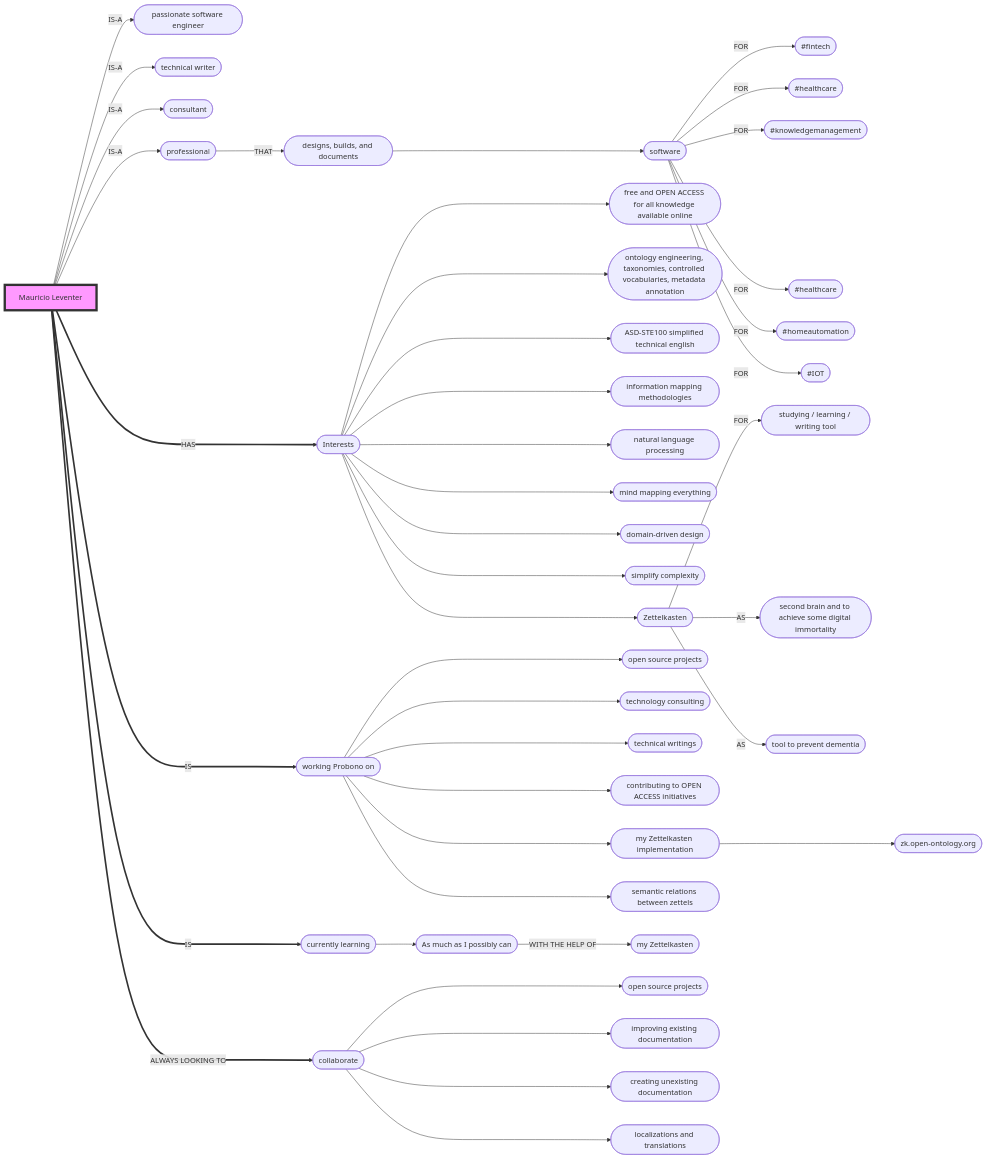
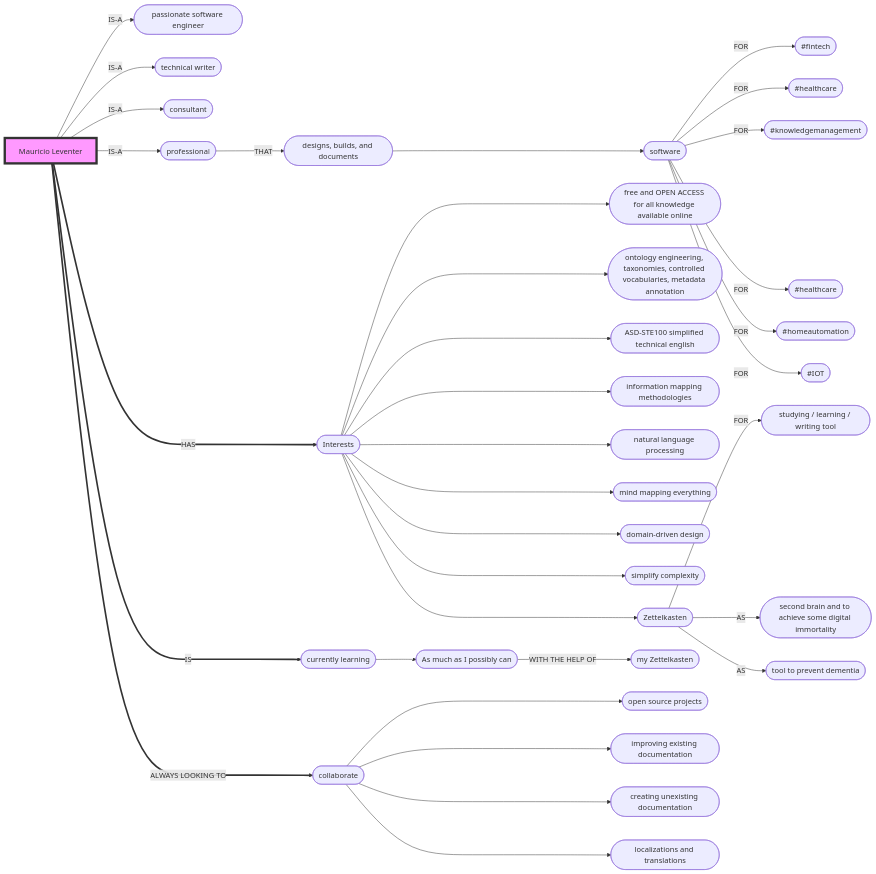
Before and after one commit to mleventer/mleventer: the diagram in README.md, drawn with Mermaid. The commit also changed other lines of this file, not shown here.

````diff
--- a/README.md
+++ b/README.md
@@ -21,45 +18,37 @@
 ```mermaid
 flowchart LR
     A[Mauricio Leventer] -->|IS-A| A2([passionate software engineer])
     A -->|IS-A| A3([technical writer])
     A -->|IS-A| A4([consultant])
     A -->|IS-A| AA([professional])
     AA -->|THAT| A5([designs, builds, and documents])
     A5 ---> A6([software])
     A6 -->|FOR| A7([#fintech])
     A6 -->|FOR| A8([#healthcare])
     A6 -->|FOR| A9([#knowledgemanagement])
     A6 -->|FOR| A10([#healthcare])
     A6 -->|FOR| A11([#homeautomation])
     A6 -->|FOR| A12([#IOT])    
     A ===>|HAS| B([Interests])
     B ---> I1([free and OPEN ACCESS for all knowledge available online])
     B ---> I3([ontology engineering, taxonomies, controlled vocabularies, metadata annotation])
     B ---> I4([ASD-STE100 simplified technical english])
     B ---> I5([information mapping methodologies])
     B ---> I6([natural language processing])
     B ---> I7([mind mapping everything]) 
     B ---> I8([domain-driven design]) 
     B ---> I9([simplify complexity]) 
     B ---> J([Zettelkasten])
     J -->|FOR| J1([studying / learning / writing tool]) 
     J -->|AS| J2([second brain and to achieve some digital immortality]) 
     J -->|AS| J3([tool to prevent dementia])
-    A ===>|IS| C([working Probono on])
-    C ---> C1([open source projects])
-    C ---> C2([technology consulting])
-    C ---> C3([technical writings])
-    C ---> C4([contributing to OPEN ACCESS initiatives])
-    C ---> H([my Zettelkasten implementation])
-    H ---> H1([zk.open-ontology.org])
-    C ---> H2([semantic relations between zettels])
     A ===>|IS| D([currently learning])
     D --> D1([As much as I possibly can])
     D1 -->|WITH THE HELP OF| D2([my Zettelkasten])
     A ===>|ALWAYS LOOKING TO|E([collaborate])
     E ---> E1([open source projects])
     E ---> E2([improving existing documentation])
     E ---> E3([creating unexisting documentation])
     E ---> E4([localizations and translations])
     style A fill:#f9f,stroke:#333,stroke-width:5px
 ```
````
